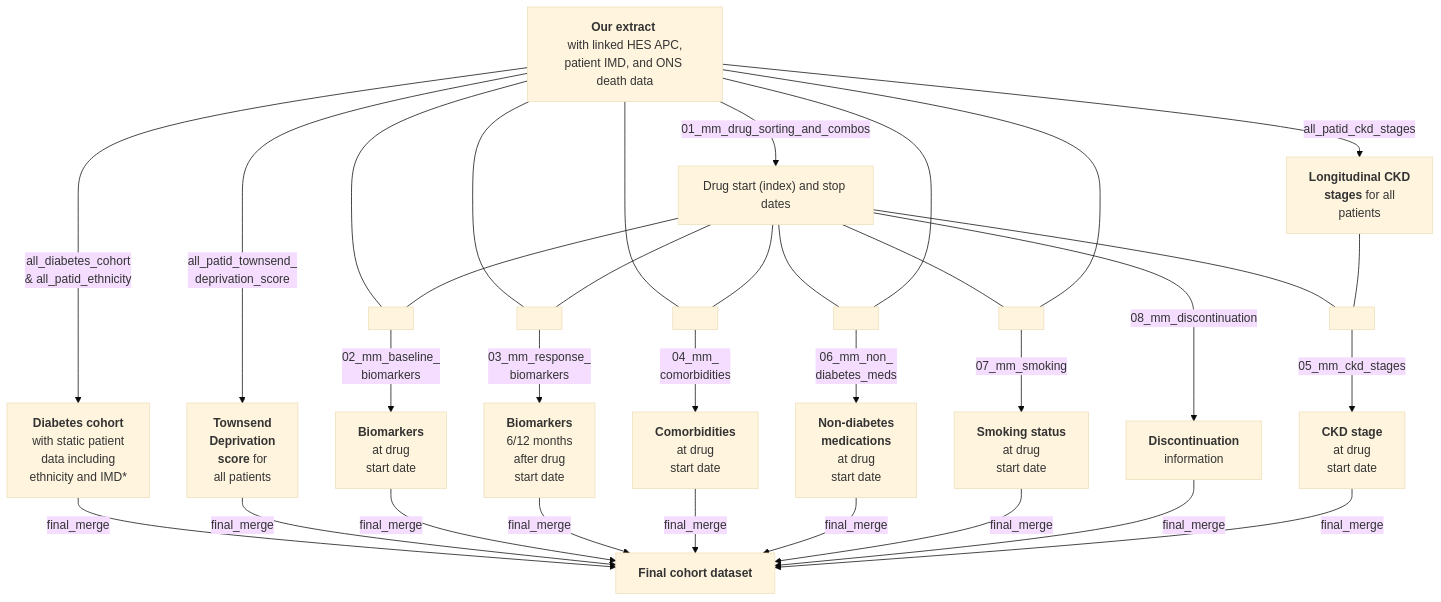
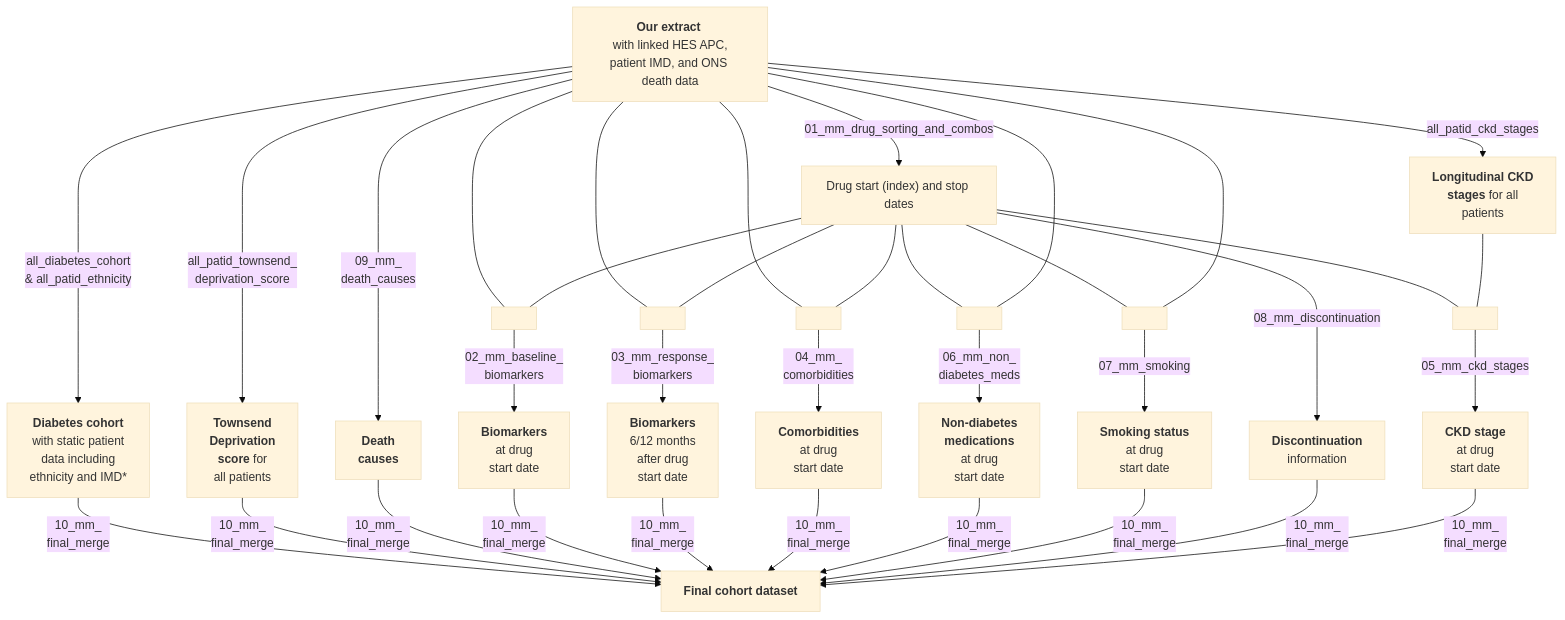
Before and after one commit to Exeter-Diabetes/CPRD-Cohort-scripts: the diagram in 03-Treatment-response-(MASTERMIND)/README.md, drawn with Mermaid (base theme).

````diff
--- a/03-Treatment-response-(MASTERMIND)/README.md
+++ b/03-Treatment-response-(MASTERMIND)/README.md
@@ -13,45 +13,46 @@
 ```mermaid
 graph TD;
     A["<b>Our extract</b> <br> with linked HES APC, patient IMD, and ONS death data"] --> |"all_diabetes_cohort <br> & all_patid_ethnicity"|B["<b>Diabetes cohort<br></b> with static patient <br>data including <br>ethnicity and IMD*"]
     A-->|"all_patid_townsend_<br>deprivation_score"|N["<b>Townsend<br> Deprivation<br>score</b> for<br> all patients"]
-    
+    A-->|"09_mm_<br>death_causes"|O["<b>Death<br>causes</b>"]
     A-->|"01_mm_drug_sorting_and_combos"|H["Drug start (index) and stop dates"]
 
     A---Y[ ]:::empty
     H---Y
     Y-->|"02_mm_baseline_<br>biomarkers"|E["<b>Biomarkers</b> <br> at drug <br> start date"]
     
     A---T[ ]:::empty
     H---T
     T-->|"03_mm_response_<br>biomarkers"|L["<b>Biomarkers</b> <br> 6/12 months <br> after drug <br>start date"]
     
     A---W[ ]:::empty
     H---W
     W-->|"04_mm_<br>comorbidities"|F["<b>Comorbidities</b> <br> at drug <br> start date"]
     
     H---U[ ]:::empty
     A---U
     U-->|"06_mm_non_<br>diabetes_meds"|M["<b>Non-diabetes <br>medications</b> <br> at drug <br> start date"]
     
     H---X[ ]:::empty
     A---X
     X-->|"07_mm_smoking"|G["<b>Smoking status</b> <br> at drug <br> start date"]
     
     H-->|"08_mm_discontinuation"|V["<b>Discontinuation</b><br> information"]
     
     A-->|"all_patid_ckd_stages"|C["<b>Longitudinal CKD <br> stages</b> for all <br> patients"]
     H---Z[ ]:::empty
     C---Z
     Z-->|"05_mm_ckd_stages"|I["<b>CKD stage </b> <br> at drug <br> start date"]
     
     
-    B-->|"final_merge"|J["<b>Final cohort dataset</b>"]
-    N-->|"final_merge"|J
-    E-->|"final_merge"|J
-    L-->|"final_merge"|J
-    F-->|"final_merge"|J
-    M-->|"final_merge"|J  
-    G-->|"final_merge"|J
-    V-->|"final_merge"|J
-    I-->|"final_merge"|J  
+    B-->|"10_mm_<br>final_merge"|J["<b>Final cohort dataset</b>"]
+    N-->|"10_mm_<br>final_merge"|J
+    O-->|"10_mm_<br>final_merge"|J
+    E-->|"10_mm_<br>final_merge"|J
+    L-->|"10_mm_<br>final_merge"|J
+    F-->|"10_mm_<br>final_merge"|J
+    M-->|"10_mm_<br>final_merge"|J  
+    G-->|"10_mm_<br>final_merge"|J
+    V-->|"10_mm_<br>final_merge"|J
+    I-->|"10_mm_<br>final_merge"|J  
 ```
````
